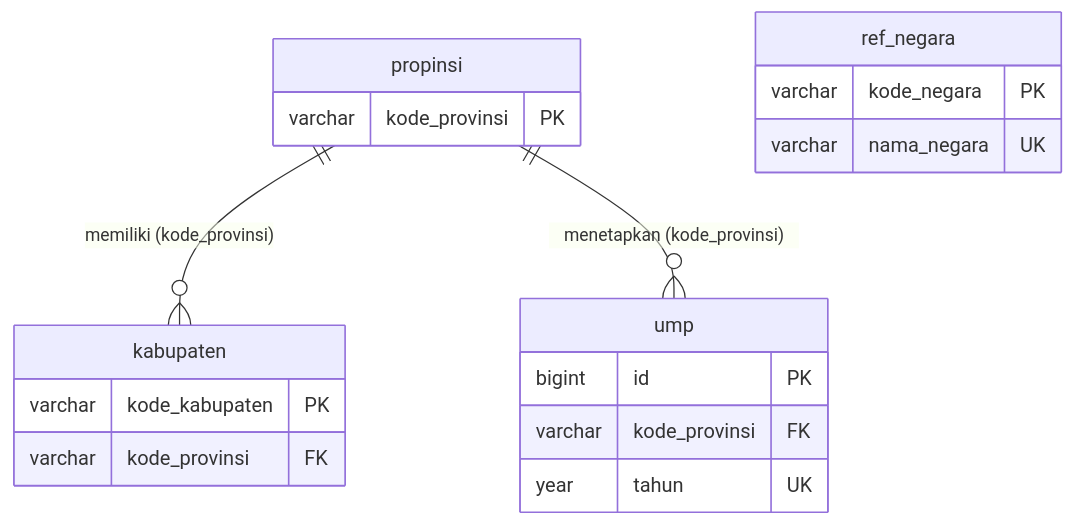
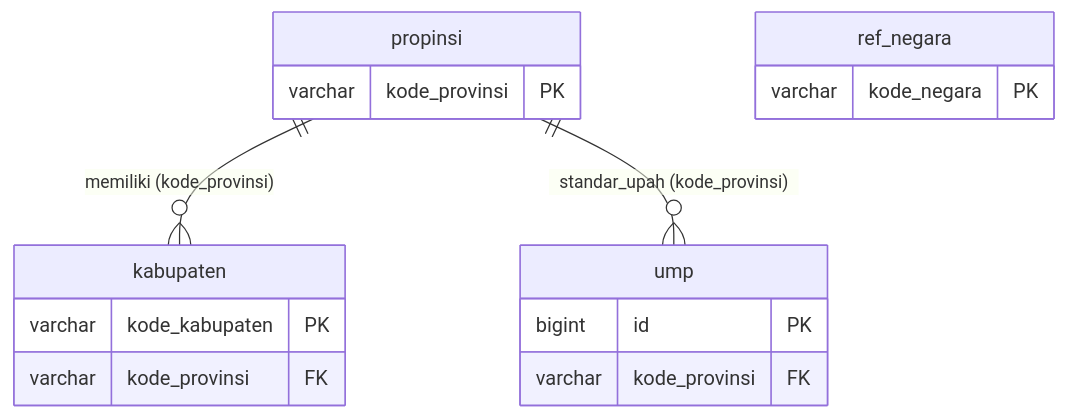
Before and after one commit to claraanjelitakd/tugas-akhir: the third of 7 diagrams in ERD.md, drawn with Mermaid. The commit also changed other lines of this file and 96 other files, not shown here.

````diff
--- a/ERD.md
+++ b/ERD.md
@@ -129,25 +123,23 @@
 ```mermaid
 erDiagram
     propinsi ||--o{ kabupaten : "memiliki (kode_provinsi)"
-    propinsi ||--o{ ump : "menetapkan (kode_provinsi)"
+    propinsi ||--o{ ump : "standar_upah (kode_provinsi)"
 
     propinsi {
         varchar kode_provinsi PK
     }
 
     kabupaten {
         varchar kode_kabupaten PK
         varchar kode_provinsi FK
     }
 
     ump {
         bigint id PK
         varchar kode_provinsi FK
-        year tahun UK
     }
 
     ref_negara {
         varchar kode_negara PK
-        varchar nama_negara UK
     }
 ```
````
